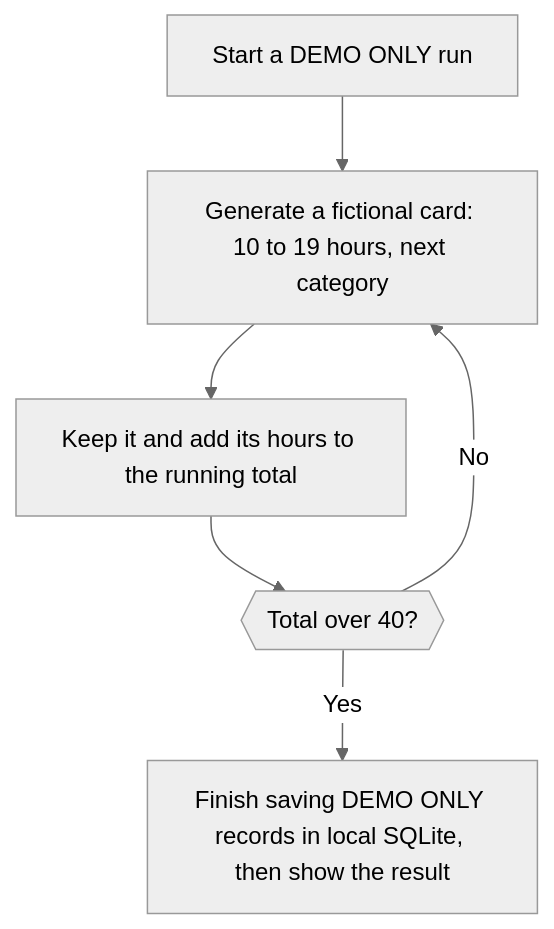
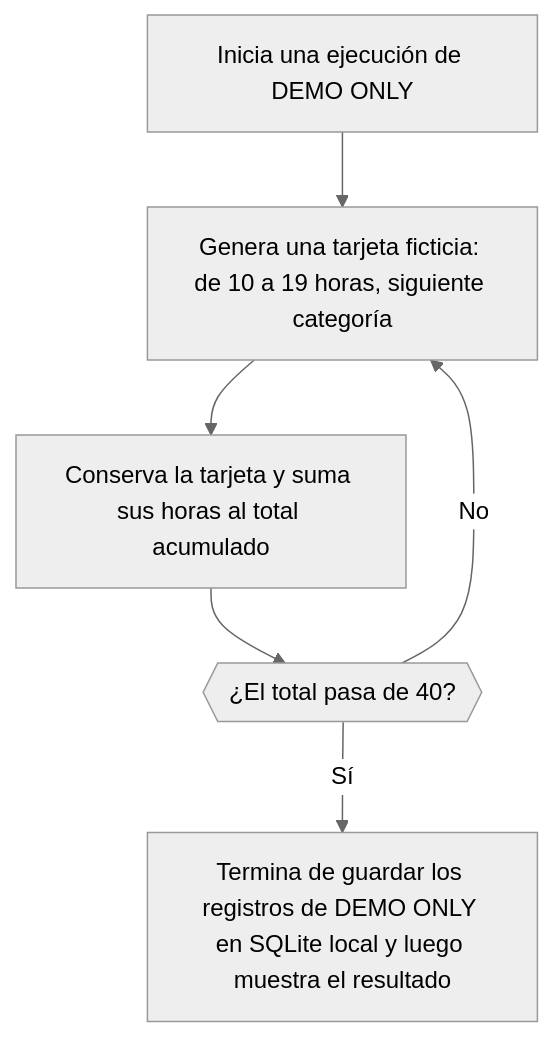
The diagram in lessons/introduccion.md (dullroar/aprende-a-programar-como-un-bicho-raro), drawn with Mermaid (neutral theme) before and after one commit. The commit also changed other lines of this file and 14 other files, not shown here.

````diff
--- a/lessons/introduccion.md
+++ b/lessons/introduccion.md
@@ -15,10 +15,10 @@
 ```mermaid
 flowchart TD
-    accTitle: What the challenge does
-    accDescr: A flowchart of the shared task. Start a DEMO ONLY run. Generate a fictional time card of 10 to 19 hours, with a category that cycles through Meetings, Coding, Debugging and Learning. Keep the card and add its hours to the running total. If the total is 40 or less, generate another card. If the total is over 40, finish saving the kept cards as DEMO ONLY records in local SQLite and show the result.
-    A["Start a DEMO ONLY run"] --> B["Generate a fictional card: 10 to 19 hours, next category"]
-    B --> C["Keep it and add its hours to the running total"]
-    C --> D{{"Total over 40?"}}
+    accTitle: Qué hace el reto
+    accDescr: Un diagrama de flujo de la tarea compartida. Inicia una ejecución de DEMO ONLY. Genera una tarjeta ficticia de 10 a 19 horas, con una categoría que sigue el ciclo Meetings, Coding, Debugging y Learning. Conserva la tarjeta y suma sus horas al total acumulado. Si el total no pasa de 40, genera otra tarjeta. Si el total pasa de 40, termina de guardar las tarjetas conservadas como registros DEMO ONLY en SQLite local y muestra el resultado.
+    A["Inicia una ejecución de DEMO ONLY"] --> B["Genera una tarjeta ficticia: de 10 a 19 horas, siguiente categoría"]
+    B --> C["Conserva la tarjeta y suma sus horas al total acumulado"]
+    C --> D{{"¿El total pasa de 40?"}}
     D -->|No| B
-    D -->|Yes| E["Finish saving DEMO ONLY records in local SQLite, then show the result"]
+    D -->|Sí| E["Termina de guardar los registros de DEMO ONLY en SQLite local y luego muestra el resultado"]
 ```
````
